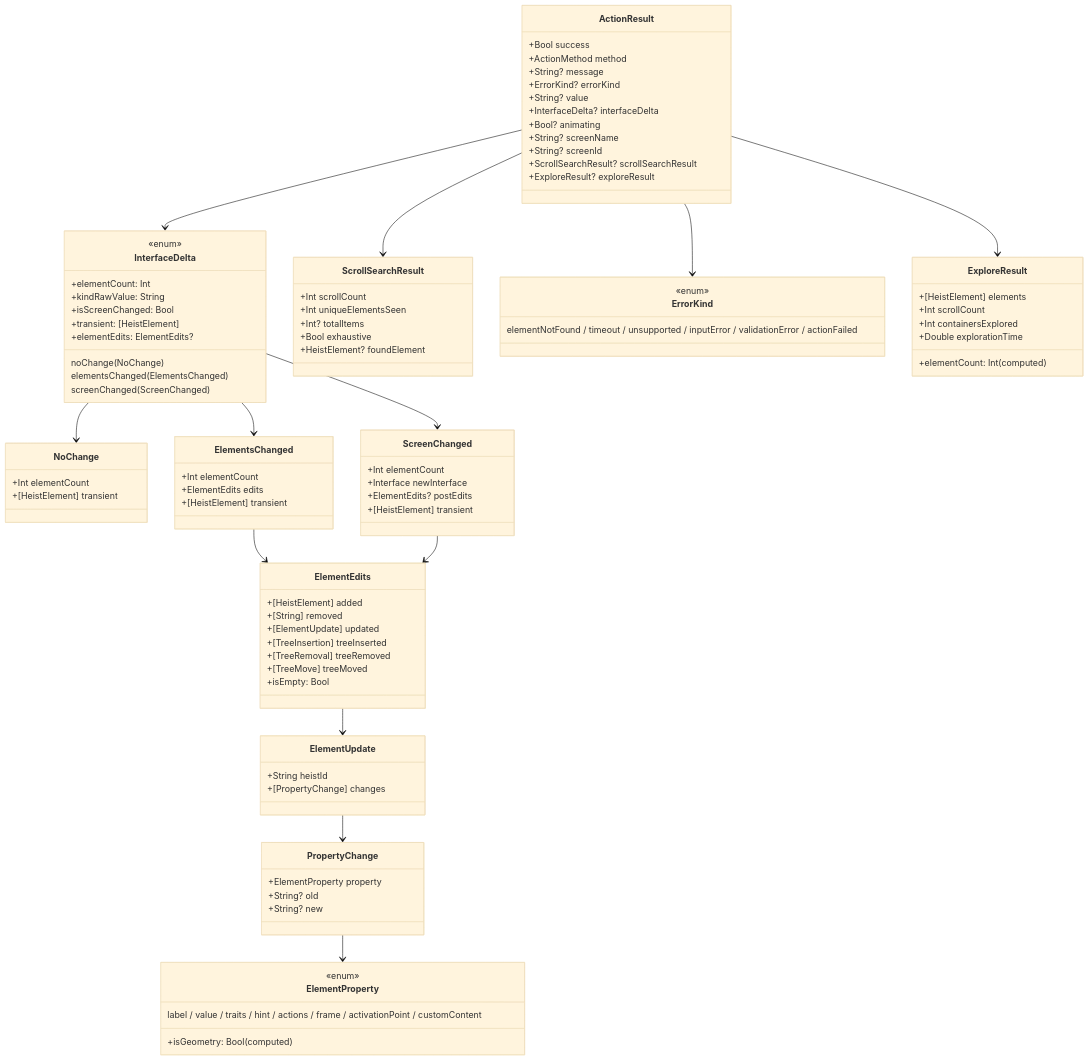
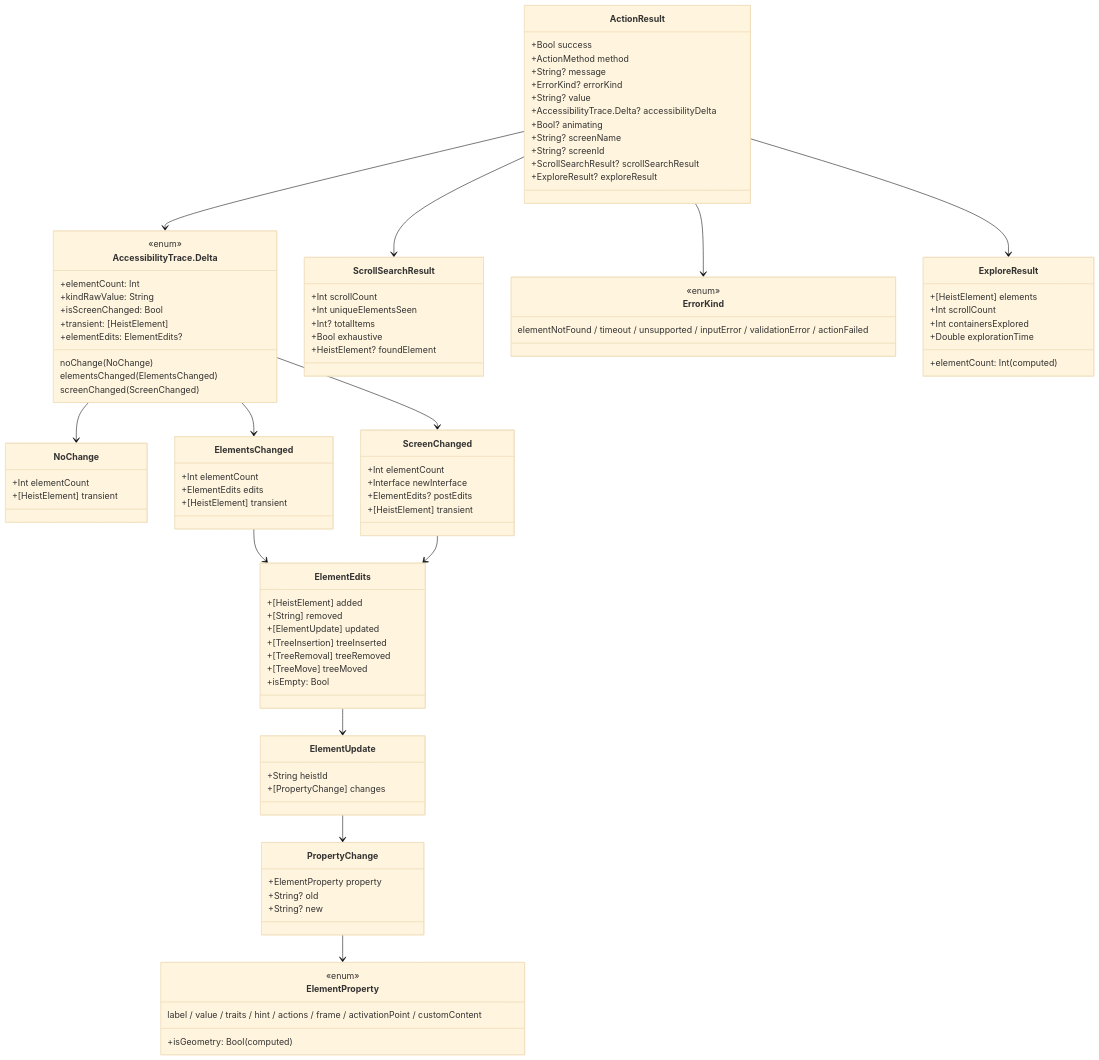
Before and after one commit to RoyalPineapple/TheButtonHeist: the fifth of 7 diagrams in docs/dossiers/18-THESCORE.md, drawn with Mermaid (base theme). The commit also changed other lines of this file and 19 other files, not shown here.

```diff
--- a/docs/dossiers/18-THESCORE.md
+++ b/docs/dossiers/18-THESCORE.md
@@ -219,7 +219,7 @@
         +String? message
         +ErrorKind? errorKind
         +String? value
-        +InterfaceDelta? interfaceDelta
+        +AccessibilityTrace.Delta? accessibilityDelta
         +Bool? animating
         +String? screenName
         +String? screenId
@@ -227,7 +227,7 @@
         +ExploreResult? exploreResult
     }
 
-    class InterfaceDelta {
+    class AccessibilityTrace.Delta {
         <<enum>>
         noChange(NoChange)
         elementsChanged(ElementsChanged)
@@ -306,12 +306,12 @@
     }
 
     ActionResult --> ErrorKind
-    ActionResult --> InterfaceDelta
+    ActionResult --> AccessibilityTrace.Delta
     ActionResult --> ScrollSearchResult
     ActionResult --> ExploreResult
-    InterfaceDelta --> NoChange
-    InterfaceDelta --> ElementsChanged
-    InterfaceDelta --> ScreenChanged
+    AccessibilityTrace.Delta --> NoChange
+    AccessibilityTrace.Delta --> ElementsChanged
+    AccessibilityTrace.Delta --> ScreenChanged
     ElementsChanged --> ElementEdits
     ScreenChanged --> ElementEdits
     ElementEdits --> ElementUpdate
```
